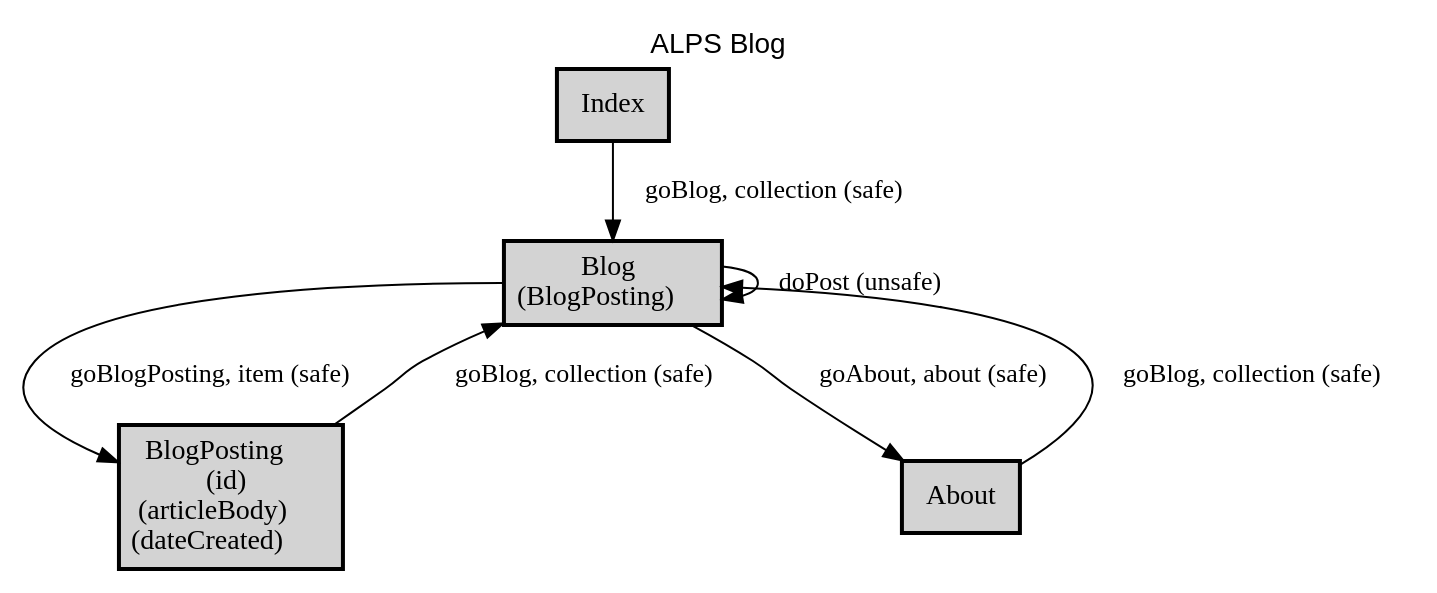
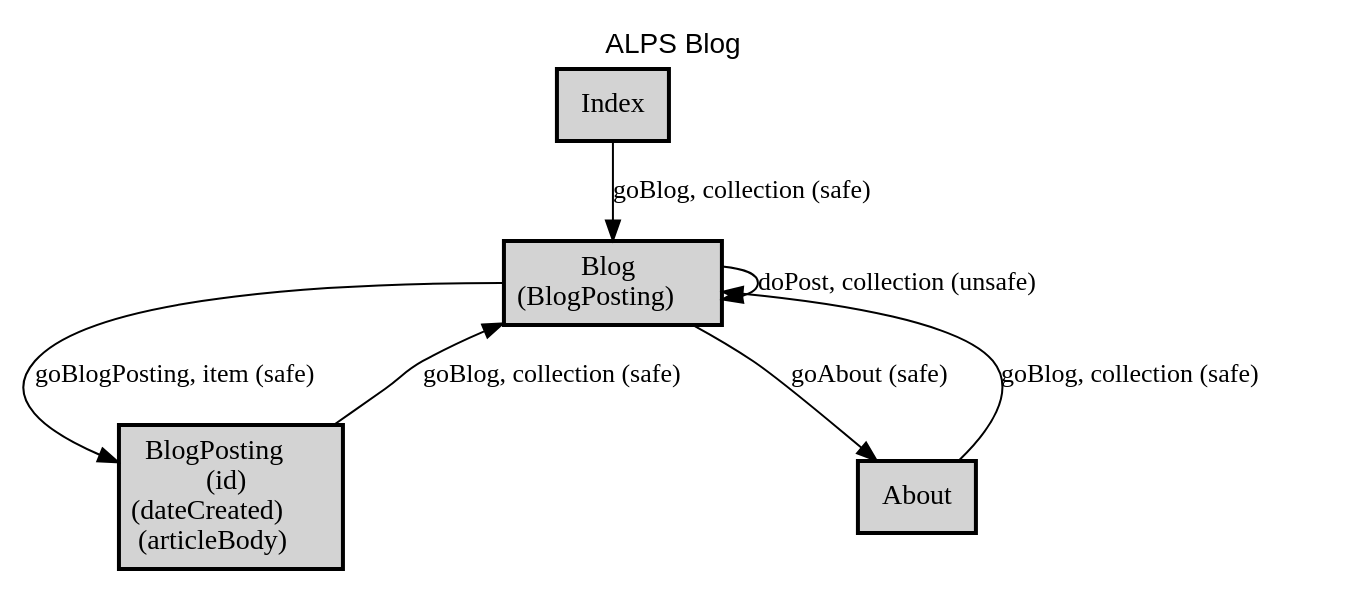
Before and after one commit to alps-asd/app-state-diagram: the diagram in docs/blog/profile.dot, drawn with Graphviz. The commit also changed 24 other files, not shown here.

```diff
--- a/docs/blog/profile.dot
+++ b/docs/blog/profile.dot
@@ -1,23 +1,23 @@
 digraph application_state_diagram {
   graph [
     labelloc="t";
     fontname="Helvetica"
     label="ALPS Blog";
     URL="index.html" target="_parent"
   ];
   node [shape = box, style = "bold,filled" fillcolor="lightgray"];
 
     Blog [margin=0.02, label=<<table cellspacing="0" cellpadding="5" border="0"><tr><td>Blog<br />(BlogPosting)<br /></td></tr></table>>,shape=box URL="docs/semantic.Blog.html" target="_parent"]
-    BlogPosting [margin=0.02, label=<<table cellspacing="0" cellpadding="5" border="0"><tr><td>BlogPosting<br />(id)<br />(articleBody)<br />(dateCreated)<br /></td></tr></table>>,shape=box URL="docs/semantic.BlogPosting.html" target="_parent"]
+    BlogPosting [margin=0.02, label=<<table cellspacing="0" cellpadding="5" border="0"><tr><td>BlogPosting<br />(id)<br />(dateCreated)<br />(articleBody)<br /></td></tr></table>>,shape=box URL="docs/semantic.BlogPosting.html" target="_parent"]
 
-    About -> Blog [label = "goBlog, collection (safe)" URL="docs/safe.goBlog.html" target="_parent" fontsize=13];
-    Blog -> About [label = "goAbout, about (safe)" URL="docs/safe.goAbout.html" target="_parent" fontsize=13];
-    Blog -> Blog [label = "doPost (unsafe)" URL="docs/unsafe.doPost.html" target="_parent" fontsize=13];
-    Blog -> BlogPosting [label = "goBlogPosting, item (safe)" URL="docs/safe.goBlogPosting.html" target="_parent" fontsize=13];
-    BlogPosting -> Blog [label = "goBlog, collection (safe)" URL="docs/safe.goBlog.html" target="_parent" fontsize=13];
-    Index -> Blog [label = "goBlog, collection (safe)" URL="docs/safe.goBlog.html" target="_parent" fontsize=13];
+    About -> Blog [label = <goBlog, collection (safe)> URL="docs/safe.goBlog.html" target="_parent" fontsize=13];
+    Blog -> About [label = <goAbout (safe)> URL="docs/safe.goAbout.html" target="_parent" fontsize=13];
+    Blog -> Blog [label = <doPost, collection (unsafe)> URL="docs/unsafe.doPost.html" target="_parent" fontsize=13];
+    Blog -> BlogPosting [label = <goBlogPosting, item (safe)> URL="docs/safe.goBlogPosting.html" target="_parent" fontsize=13];
+    BlogPosting -> Blog [label = <goBlog, collection (safe)> URL="docs/safe.goBlog.html" target="_parent" fontsize=13];
+    Index -> Blog [label = <goBlog, collection (safe)> URL="docs/safe.goBlog.html" target="_parent" fontsize=13];
 
-    About [URL="docs/semantic.About.html" target="_parent"]
-    Index [URL="docs/semantic.Index.html" target="_parent"]
+    About [label = <About> URL="docs/semantic.About.html" target="_parent"]
+    Index [label = <Index> URL="docs/semantic.Index.html" target="_parent"]
 
 }
```
